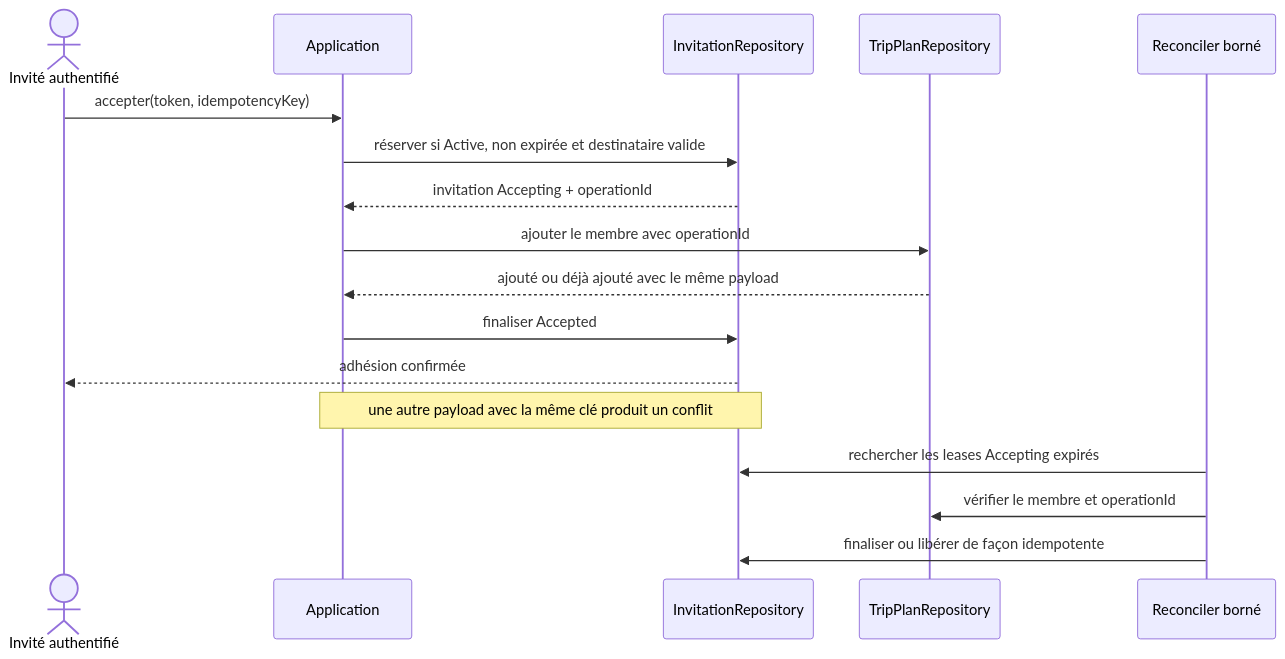
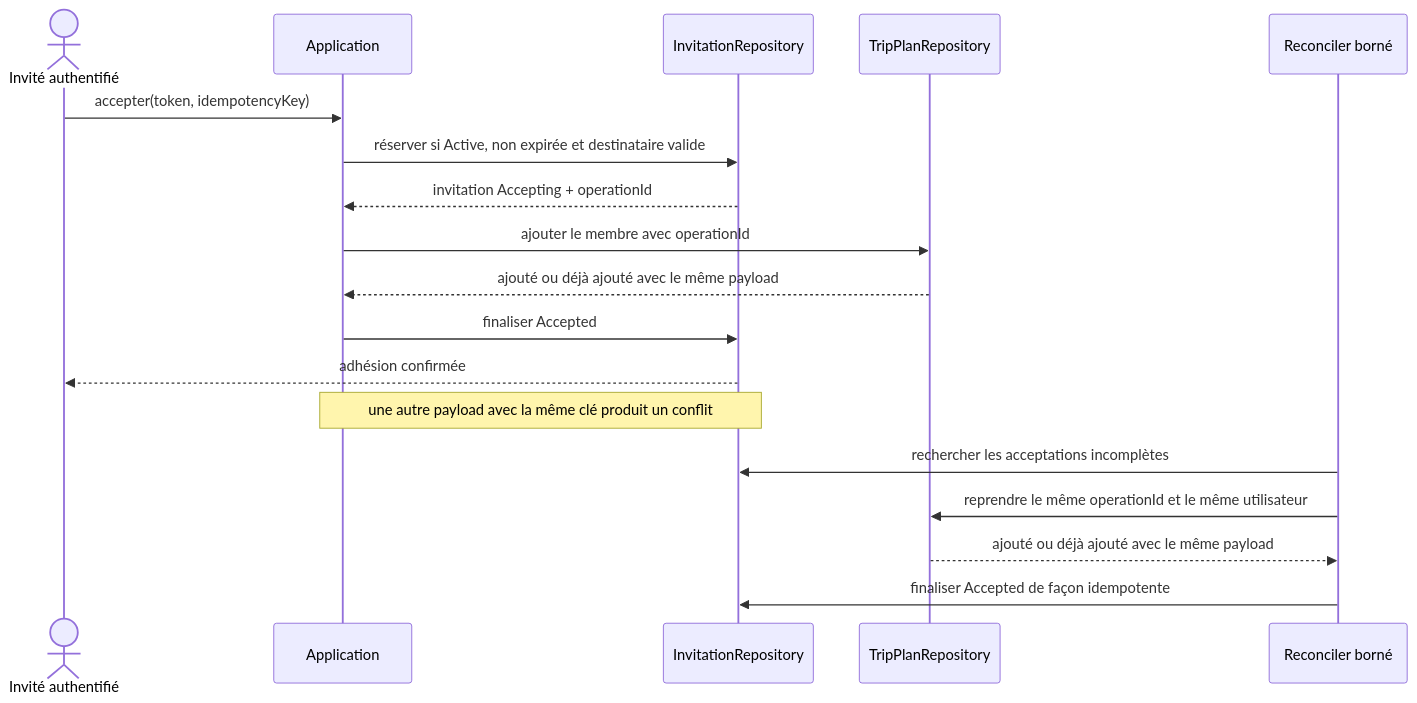
The second of 4 diagrams in docs/architecture/product-growth-trip-01-aggregate-roles-privacy-2026-09-17.md (Ced59/AmusementParkProject), drawn with Mermaid before and after one commit. The commit also changed other lines of this file and 1 other file, not shown here.

````diff
--- a/docs/architecture/product-growth-trip-01-aggregate-roles-privacy-2026-09-17.md
+++ b/docs/architecture/product-growth-trip-01-aggregate-roles-privacy-2026-09-17.md
@@ -237,20 +243,21 @@
 ```mermaid
 sequenceDiagram
     actor I as Invité authentifié
     participant A as Application
     participant R as InvitationRepository
     participant P as TripPlanRepository
     participant J as Reconciler borné
 
     I->>A: accepter(token, idempotencyKey)
     A->>R: réserver si Active, non expirée et destinataire valide
     R-->>A: invitation Accepting + operationId
     A->>P: ajouter le membre avec operationId
     P-->>A: ajouté ou déjà ajouté avec le même payload
     A->>R: finaliser Accepted
     R-->>I: adhésion confirmée
     Note over A,R: une autre payload avec la même clé produit un conflit
-    J->>R: rechercher les leases Accepting expirés
-    J->>P: vérifier le membre et operationId
-    J->>R: finaliser ou libérer de façon idempotente
+    J->>R: rechercher les acceptations incomplètes
+    J->>P: reprendre le même operationId et le même utilisateur
+    P-->>J: ajouté ou déjà ajouté avec le même payload
+    J->>R: finaliser Accepted de façon idempotente
 ```
````
